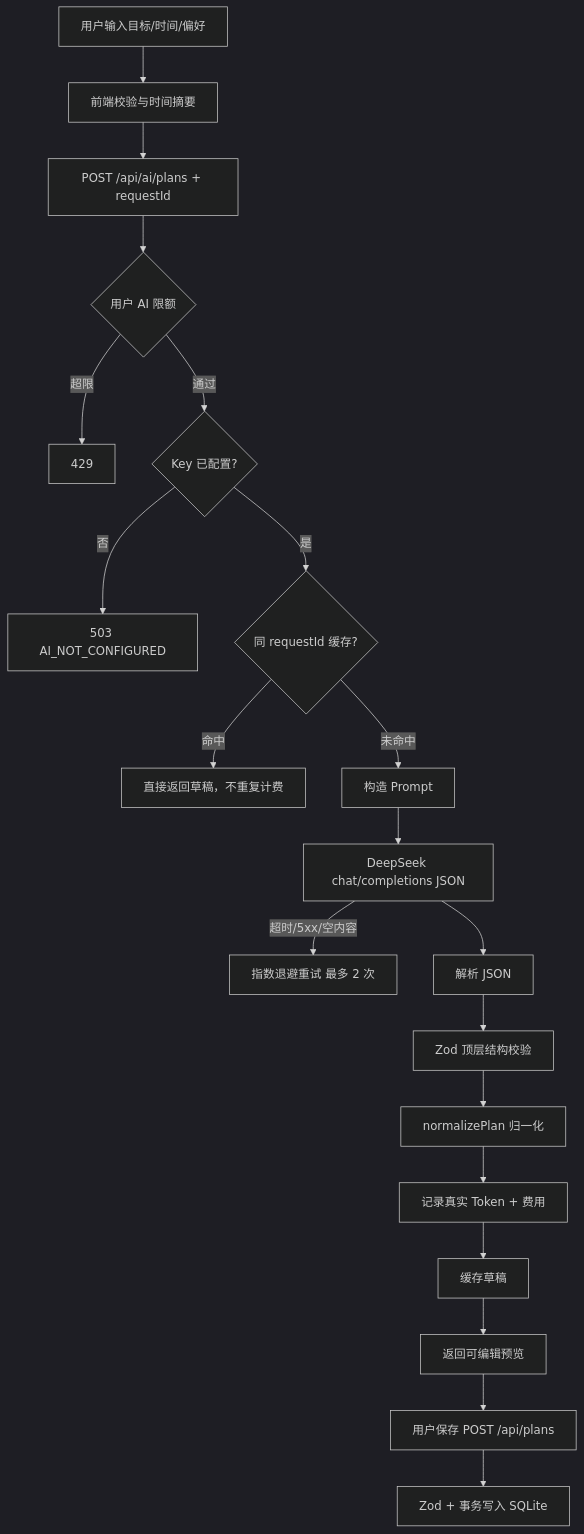
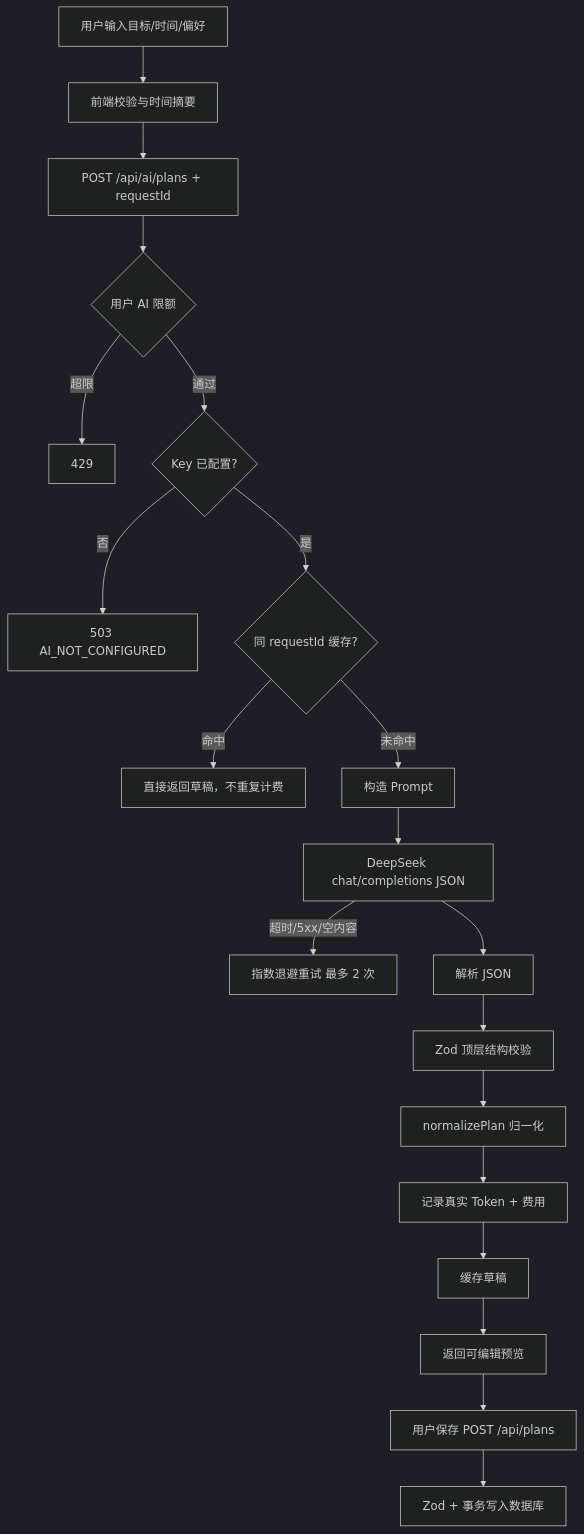
One commit to lebin2025/studyFlowAI changed the second of 6 diagrams in docs/architecture.md. Above: the diagram before and after it, drawn with Mermaid (dark theme). The commit also changed other lines of this file and 31 other files, not shown here.

````diff
--- a/docs/architecture.md
+++ b/docs/architecture.md
@@ -77,22 +77,22 @@
 ```mermaid
 flowchart TD
   A[用户输入目标/时间/偏好] --> B[前端校验与时间摘要]
   B --> C[POST /api/ai/plans + requestId]
   C --> D{用户 AI 限额}
   D -->|超限| E[429]
   D -->|通过| F{Key 已配置?}
   F -->|否| G[503 AI_NOT_CONFIGURED]
   F -->|是| H{同 requestId 缓存?}
   H -->|命中| I[直接返回草稿，不重复计费]
   H -->|未命中| J[构造 Prompt]
   J --> K[DeepSeek chat/completions JSON]
   K -->|超时/5xx/空内容| L[指数退避重试 最多 2 次]
   K --> M[解析 JSON]
   M --> N[Zod 顶层结构校验]
   N --> O[normalizePlan 归一化]
   O --> P[记录真实 Token + 费用]
   P --> Q[缓存草稿]
   Q --> R[返回可编辑预览]
   R --> S[用户保存 POST /api/plans]
-  S --> T[Zod + 事务写入 SQLite]
+  S --> T[Zod + 事务写入数据库]
 ```
````
